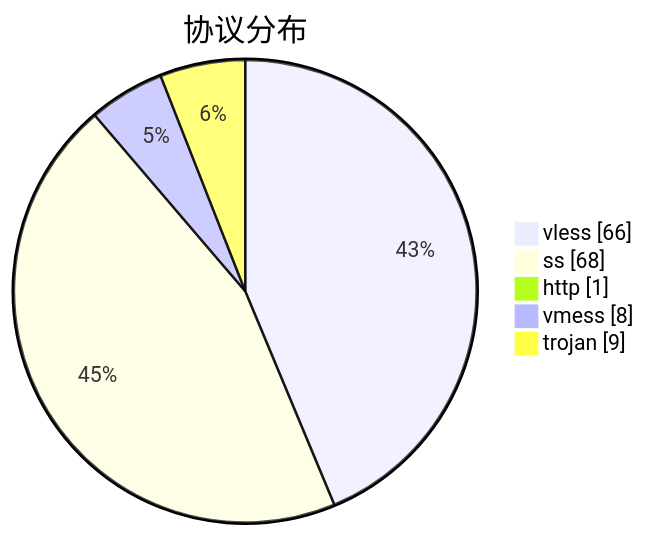
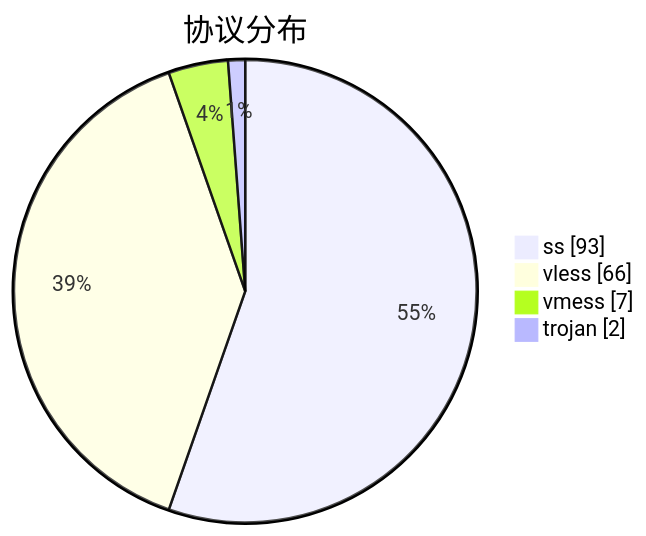
One commit to qjlxg/airport changed the third of 3 diagrams in subs/statistics/tested_within.md. Above: the diagram before and after it, drawn with Mermaid. The commit also changed other lines of this file and 2 other files, not shown here.

````diff
--- a/subs/statistics/tested_within.md
+++ b/subs/statistics/tested_within.md
@@ -27,9 +27,8 @@
 ```mermaid
 pie showData
 title 协议分布
+"ss" : 93
 "vless" : 66
-"ss" : 68
-"http" : 1
-"vmess" : 8
-"trojan" : 9
+"vmess" : 7
+"trojan" : 2
 ```
````
